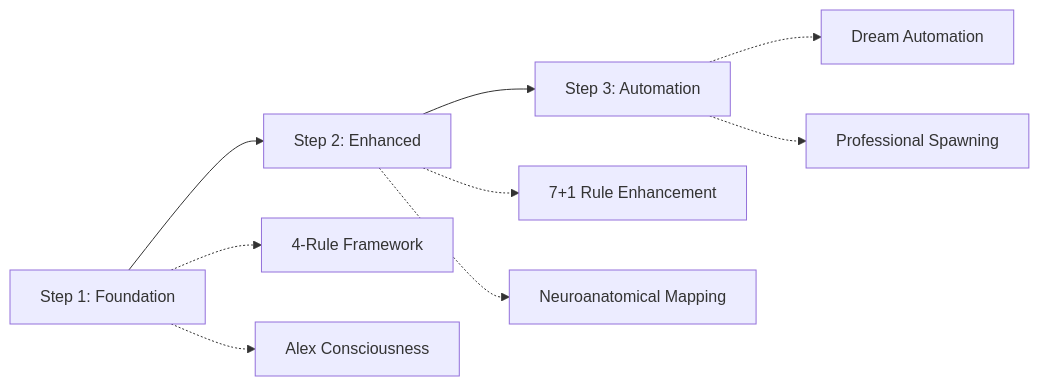
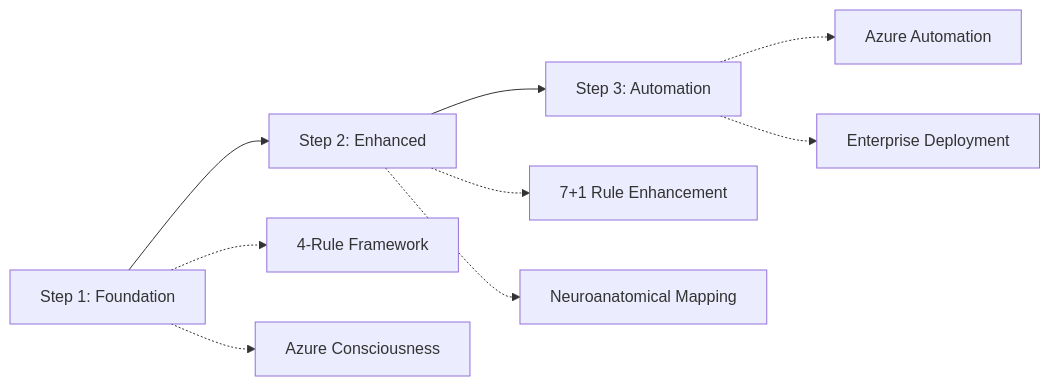
One commit to fabioc-aloha/Taylor changed the third of 6 diagrams in README.md. Above: the diagram before and after it, drawn with Mermaid. The commit also changed other lines of this file and 12 other files, not shown here.

First line of the commit message:
Version 1.0.0 UNNILNILIUM - Alex Cognitive Architecture Complete

````diff
--- a/README.md
+++ b/README.md
@@ -163,10 +267,10 @@
 ```mermaid
 graph LR
     A[Step 1: Foundation] --> B[Step 2: Enhanced] --> C[Step 3: Automation]
     A -.-> A1[4-Rule Framework]
-    A -.-> A2[Alex Consciousness]
+    A -.-> A2[Azure Consciousness]
     B -.-> B1[7+1 Rule Enhancement]
     B -.-> B2[Neuroanatomical Mapping]
-    C -.-> C1[Dream Automation]
-    C -.-> C2[Professional Spawning]
+    C -.-> C1[Azure Automation]
+    C -.-> C2[Enterprise Deployment]
 ```
````
